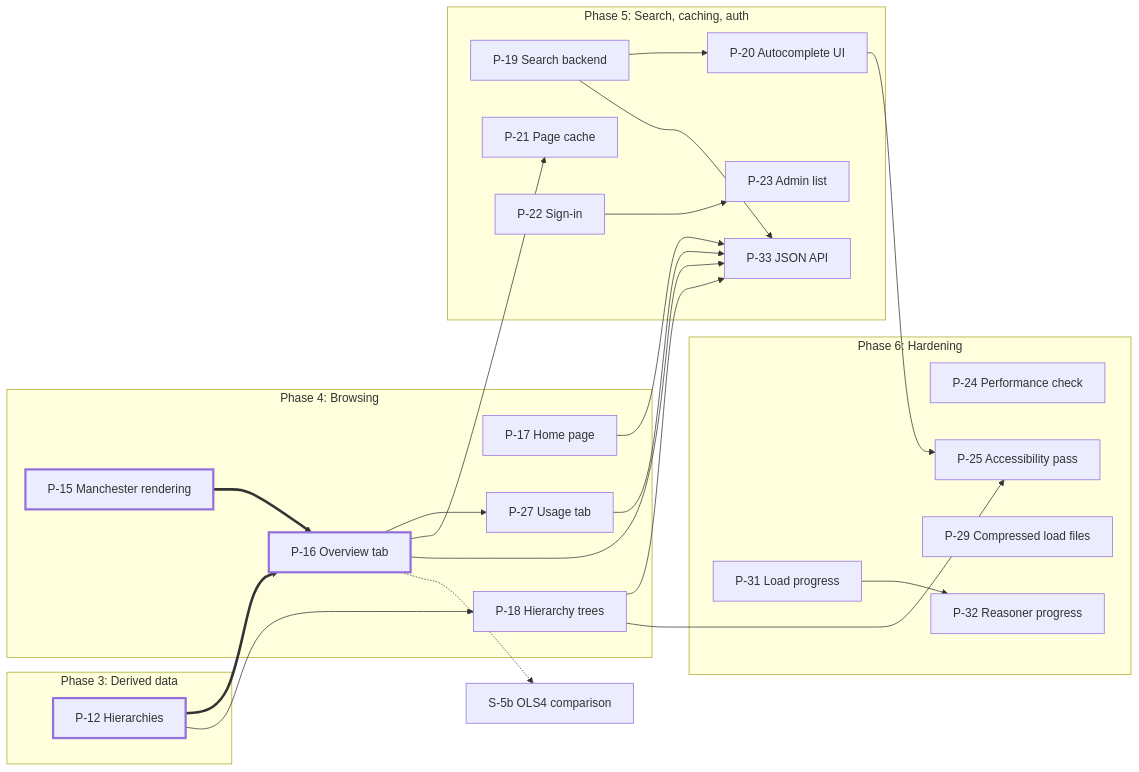
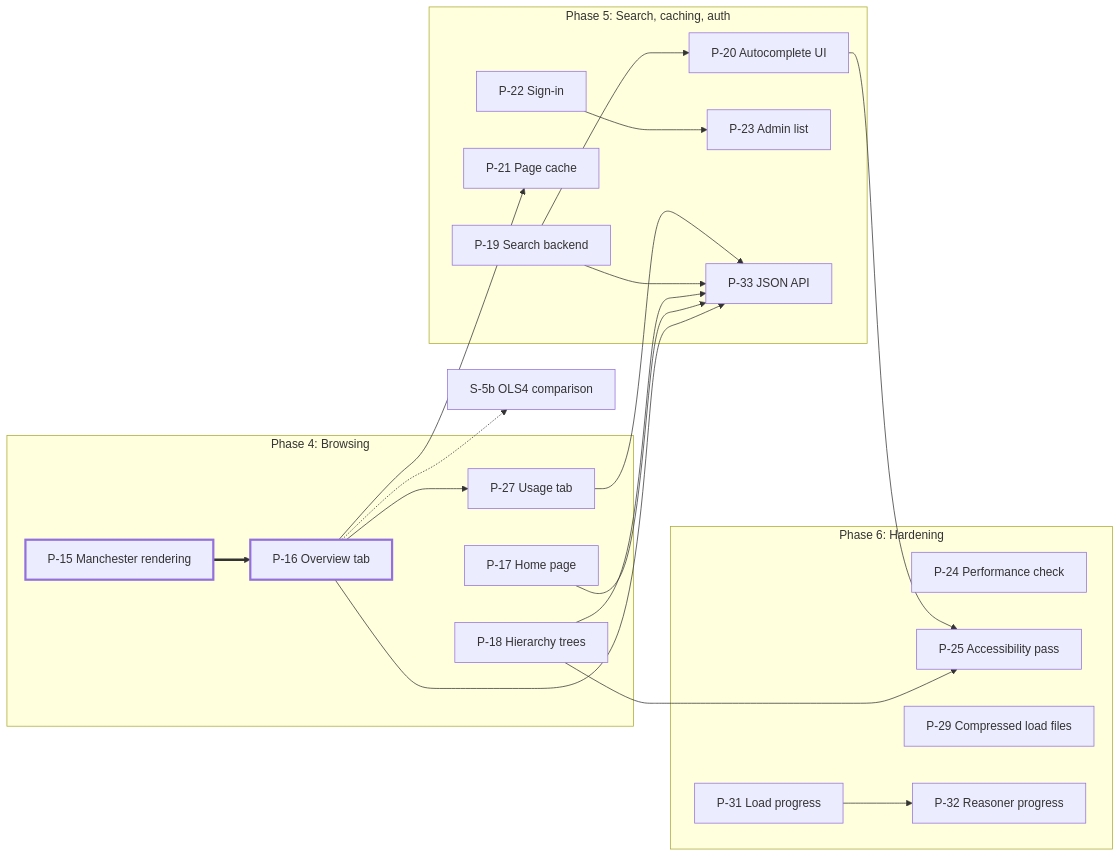
The diagram in docs/DESIGN.md (jclerman/browl), drawn with Mermaid before and after one commit. The commit also changed other lines of this file, not shown here.

Commit message:
DESIGN.md: P-12 done; drop it from the remaining-work graph
With P-12 gone, Phase 3 has nothing left; the thick path to P-16 is P-15 alone, and P-18 has no open dependency.

````diff
--- a/docs/DESIGN.md
+++ b/docs/DESIGN.md
@@ -1103,44 +1103,39 @@
 ```mermaid
 flowchart LR
-    subgraph P3["Phase 3: Derived data"]
-        P12["P-12 Hierarchies"]
-    end
     subgraph P4["Phase 4: Browsing"]
         P15["P-15 Manchester rendering"]
         P16["P-16 Overview tab"]
         P17["P-17 Home page"]
         P18["P-18 Hierarchy trees"]
         P27["P-27 Usage tab"]
     end
     subgraph P5["Phase 5: Search, caching, auth"]
         P19["P-19 Search backend"]
         P20["P-20 Autocomplete UI"]
         P21["P-21 Page cache"]
         P22["P-22 Sign-in"]
         P23["P-23 Admin list"]
         P33["P-33 JSON API"]
     end
     subgraph P6["Phase 6: Hardening"]
         P24["P-24 Performance check"]
         P25["P-25 Accessibility pass"]
         P29["P-29 Compressed load files"]
         P31["P-31 Load progress"]
         P32["P-32 Reasoner progress"]
     end
     S5b["S-5b OLS4 comparison"]
 
     P15 ==> P16
-    P12 ==> P16
-    P12 --> P18
     P16 --> P27
     P16 --> P21
     P19 --> P20
     P16 & P17 & P18 & P19 & P27 --> P33
     P18 & P20 --> P25
     P22 --> P23
     P31 --> P32
     P16 -.-> S5b
 
     classDef critical stroke-width:3px
-    class P12,P15,P16 critical
+    class P15,P16 critical
 ```
````
